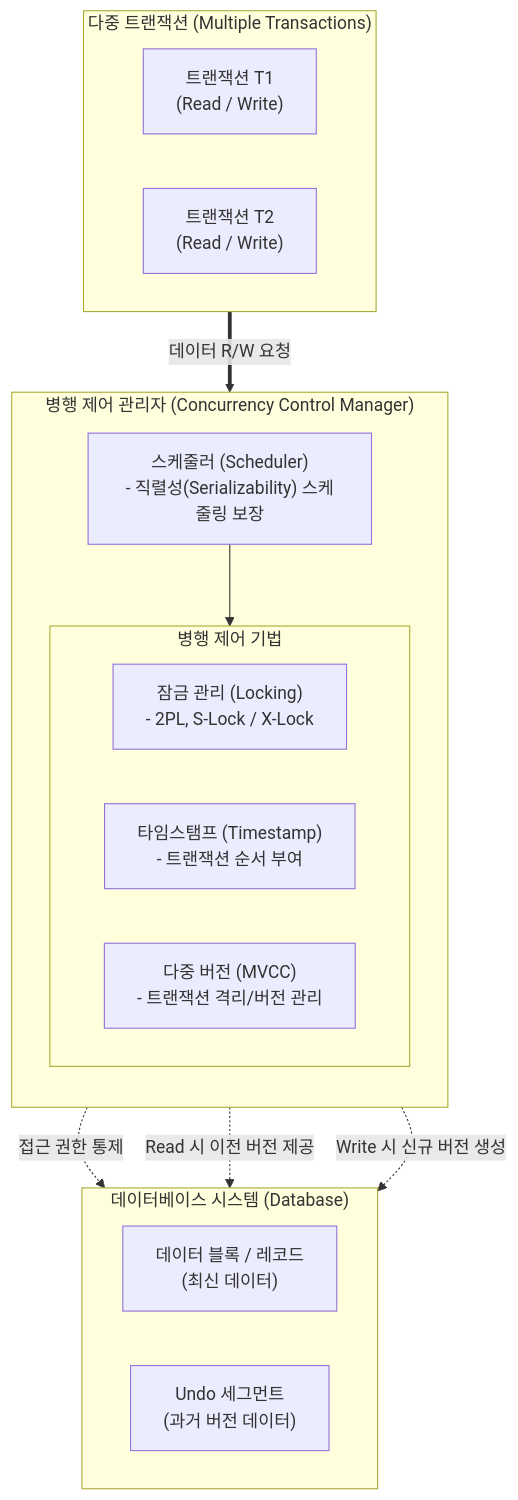
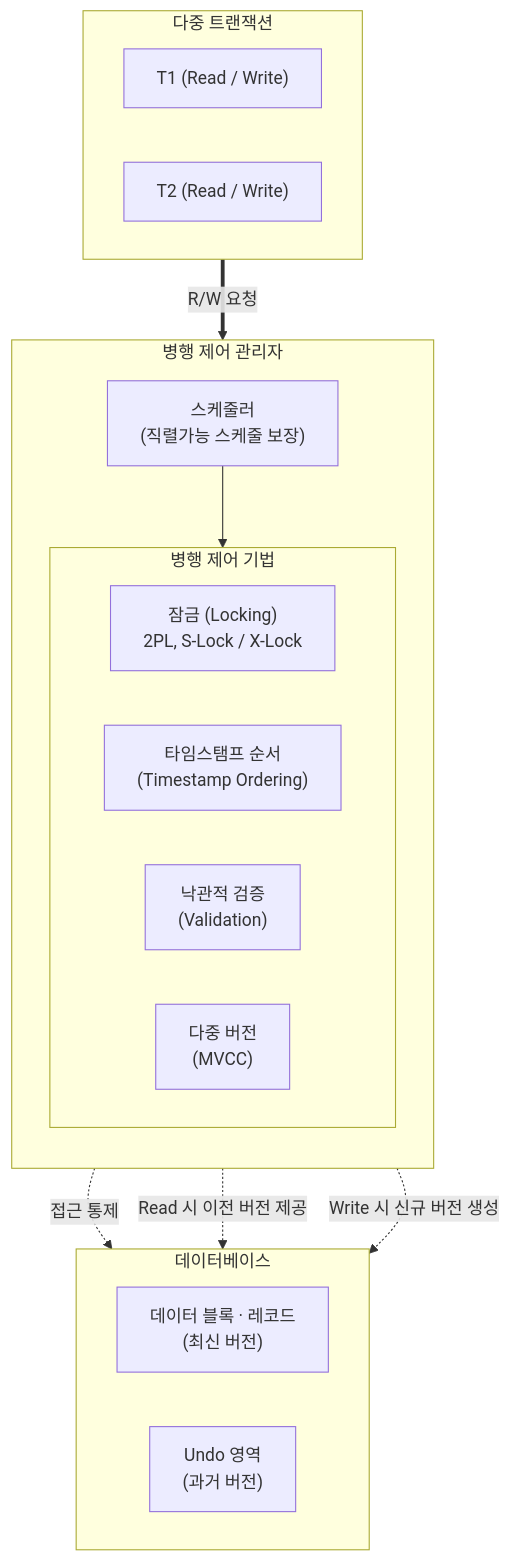
The diagram in content/01_IT Tech/병행 제어.md (supremethumb/supremethumb.github.io), drawn with Mermaid before and after one commit. The commit also changed other lines of this file and 1087 other files, not shown here.

````diff
--- a/content/01_IT Tech/병행 제어.md
+++ b/content/01_IT Tech/병행 제어.md
@@ -28,34 +38,32 @@
 ```mermaid
 flowchart TB
-    subgraph Transactions["다중 트랜잭션 (Multiple Transactions)"]
+    subgraph Transactions["다중 트랜잭션"]
         direction LR
-        T1["트랜잭션 T1<br/>(Read / Write)"]
-        T2["트랜잭션 T2<br/>(Read / Write)"]
+        T1["T1 (Read / Write)"]
+        T2["T2 (Read / Write)"]
     end
 
-    subgraph CCM["병행 제어 관리자 (Concurrency Control Manager)"]
+    subgraph CCM["병행 제어 관리자"]
         direction TB
-        Scheduler["스케줄러 (Scheduler)<br/>- 직렬성(Serializability) 스케줄링 보장"]
-        
+        Scheduler["스케줄러<br/>(직렬가능 스케줄 보장)"]
         subgraph Tech["병행 제어 기법"]
             direction LR
-            LockMgr["잠금 관리 (Locking)<br/>- 2PL, S-Lock / X-Lock"]
-            TSMgr["타임스탬프 (Timestamp)<br/>- 트랜잭션 순서 부여"]
-            MVCCMgr["다중 버전 (MVCC)<br/>- 트랜잭션 격리/버전 관리"]
+            LockMgr["잠금 (Locking)<br/>2PL, S-Lock / X-Lock"]
+            TSMgr["타임스탬프 순서<br/>(Timestamp Ordering)"]
+            OCC["낙관적 검증<br/>(Validation)"]
+            MVCCMgr["다중 버전<br/>(MVCC)"]
         end
-        
         Scheduler --> Tech
     end
 
-    subgraph DB["데이터베이스 시스템 (Database)"]
+    subgraph DB["데이터베이스"]
         direction LR
-        Data["데이터 블록 / 레코드<br/>(최신 데이터)"]
-        Undo["Undo 세그먼트<br/>(과거 버전 데이터)"]
+        Data["데이터 블록 · 레코드<br/>(최신 버전)"]
+        Undo["Undo 영역<br/>(과거 버전)"]
     end
 
-    Transactions == "데이터 R/W 요청" ==> Scheduler
-    LockMgr -. "접근 권한 통제" .-> Data
+    Transactions == "R/W 요청" ==> Scheduler
+    LockMgr -. "접근 통제" .-> Data
     MVCCMgr -. "Read 시 이전 버전 제공" .-> Undo
     MVCCMgr -. "Write 시 신규 버전 생성" .-> Data
-
 ```
````
